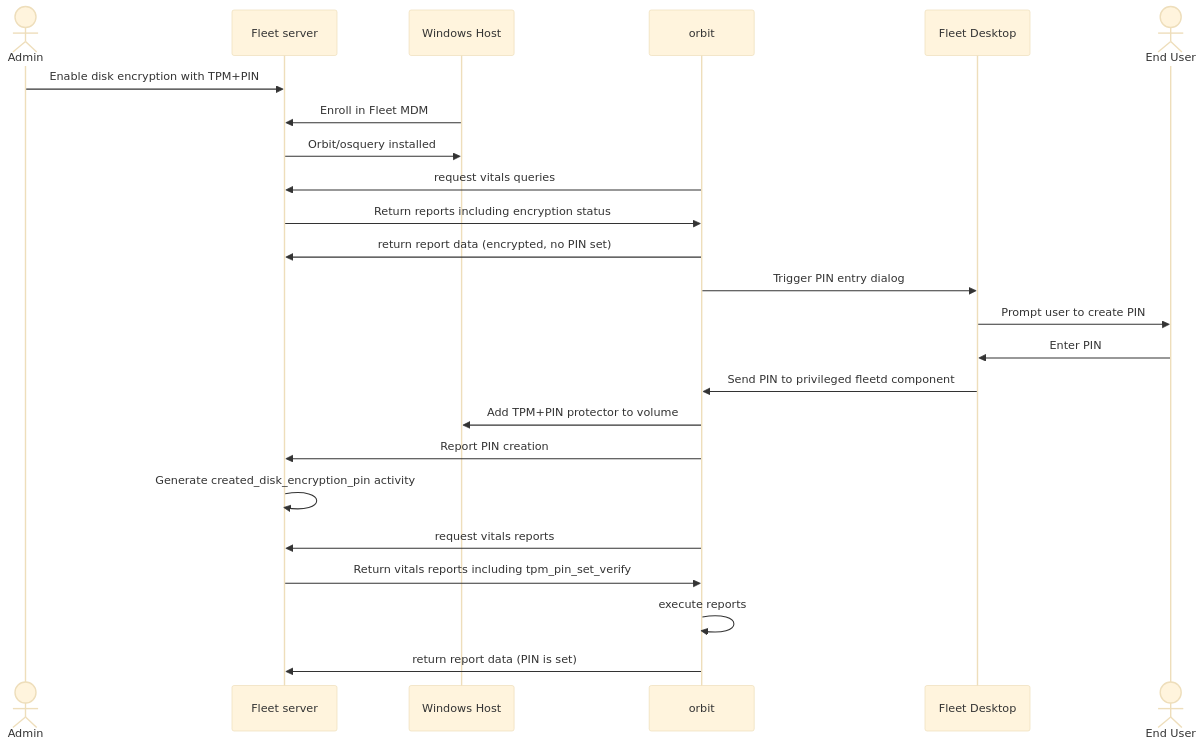
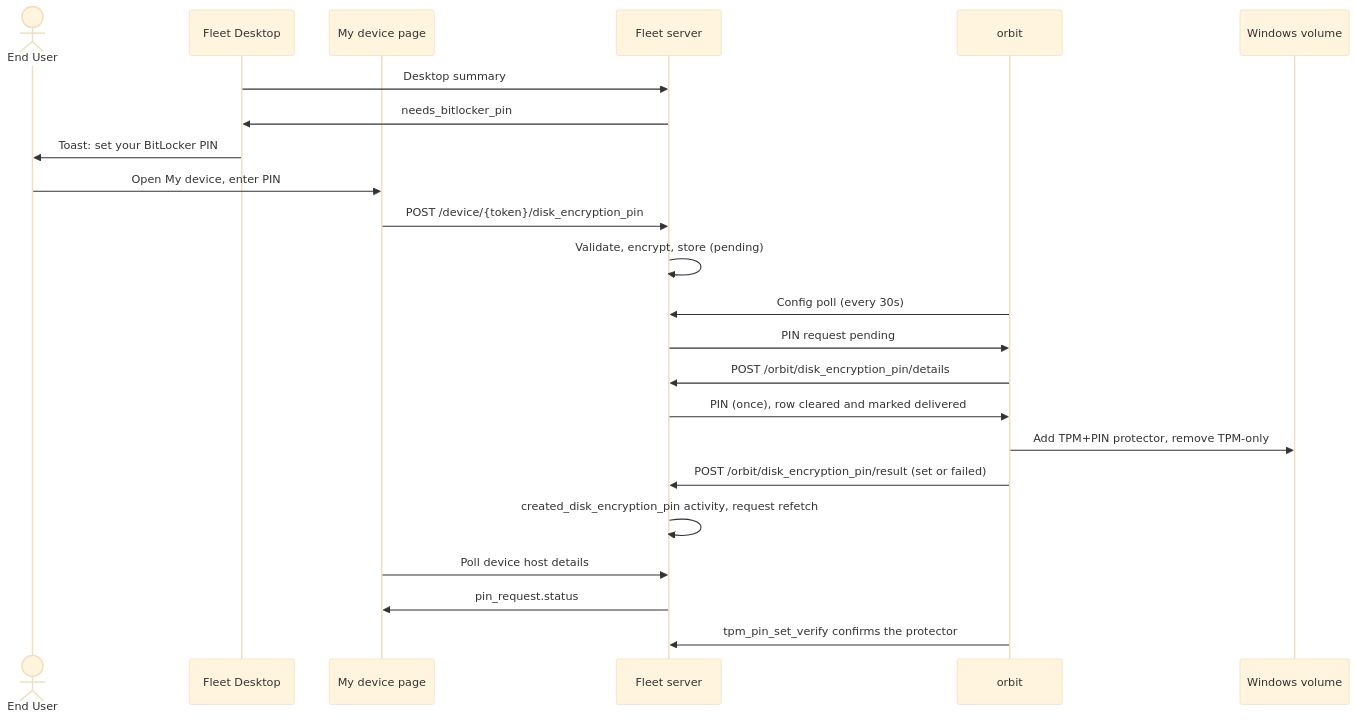
Before and after one commit to fleetdm/fleet: the fourth of 6 diagrams in docs/Contributing/architecture/mdm/disk-encryption.md, drawn with Mermaid (base theme). The commit also changed other lines of this file and 3 other files, not shown here.

````diff
--- a/docs/Contributing/architecture/mdm/disk-encryption.md
+++ b/docs/Contributing/architecture/mdm/disk-encryption.md
@@ -218,26 +245,25 @@
 ```mermaid
 sequenceDiagram
-        actor Admin
+        actor user as End User
+        participant desktop as Fleet Desktop
+        participant browser as My device page
         participant fleet as Fleet server
-        participant host as Windows Host
         participant fleetd as orbit
-        participant desktop as Fleet Desktop
-        actor user as End User
-        Admin->>fleet: Enable disk encryption with TPM+PIN
-        host->>fleet: Enroll in Fleet MDM
-        fleet->>host: Orbit/osquery installed
-        fleetd->>fleet: request vitals queries
-        fleet->>fleetd: Return reports including encryption status
-        fleetd->>fleet: return report data (encrypted, no PIN set)
-        fleetd->>desktop: Trigger PIN entry dialog
-        desktop->>user: Prompt user to create PIN
-        user->>desktop: Enter PIN
-        desktop->>fleetd: Send PIN to privileged fleetd component
-        fleetd->>host: Add TPM+PIN protector to volume
-        fleetd->>fleet: Report PIN creation
-        fleet->>fleet: Generate created_disk_encryption_pin activity
-        fleetd->>fleet: request vitals reports
-        fleet->>fleetd: Return vitals reports including tpm_pin_set_verify
-        fleetd->>fleetd: execute reports
-        fleetd->>fleet: return report data (PIN is set)
+        participant host as Windows volume
+        desktop->>fleet: Desktop summary
+        fleet->>desktop: needs_bitlocker_pin
+        desktop->>user: Toast: set your BitLocker PIN
+        user->>browser: Open My device, enter PIN
+        browser->>fleet: POST /device/{token}/disk_encryption_pin
+        fleet->>fleet: Validate, encrypt, store (pending)
+        fleetd->>fleet: Config poll (every 30s)
+        fleet->>fleetd: PIN request pending
+        fleetd->>fleet: POST /orbit/disk_encryption_pin/details
+        fleet->>fleetd: PIN (once), row cleared and marked delivered
+        fleetd->>host: Add TPM+PIN protector, remove TPM-only
+        fleetd->>fleet: POST /orbit/disk_encryption_pin/result (set or failed)
+        fleet->>fleet: created_disk_encryption_pin activity, request refetch
+        browser->>fleet: Poll device host details
+        fleet->>browser: pin_request.status
+        fleetd->>fleet: tpm_pin_set_verify confirms the protector
 ```
````
